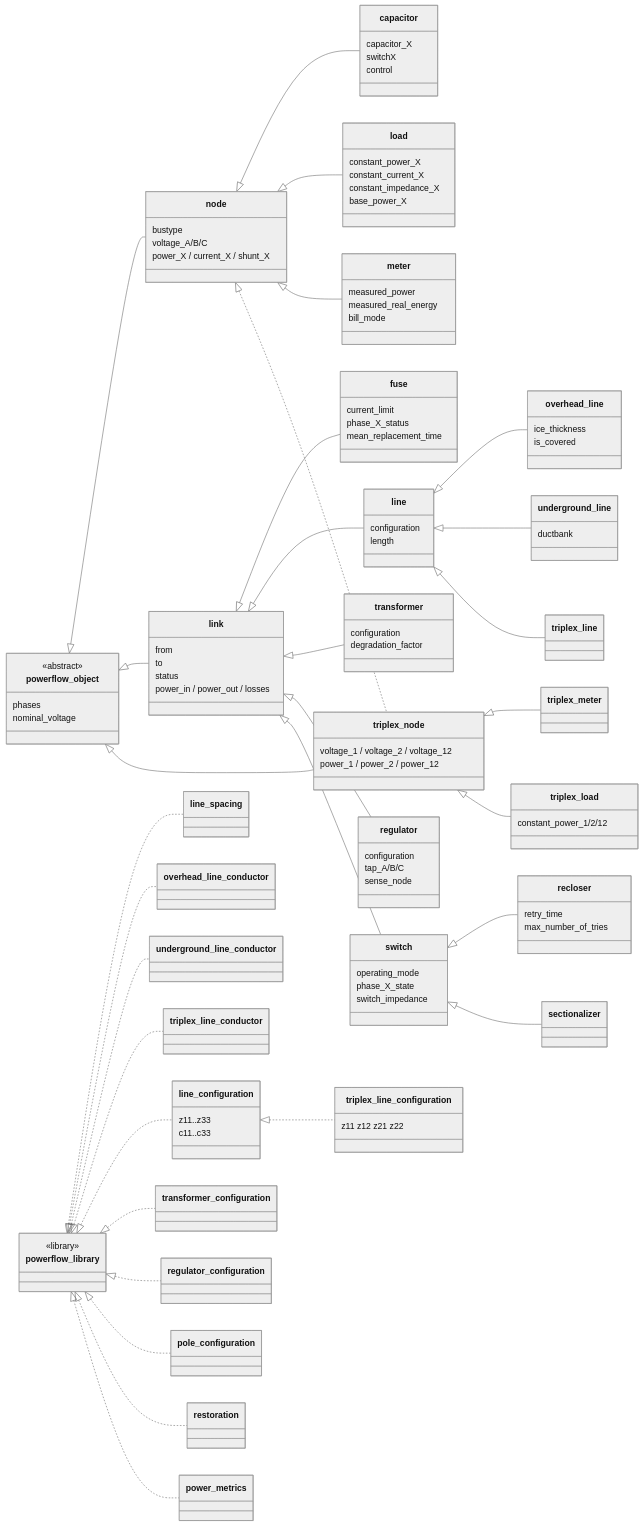
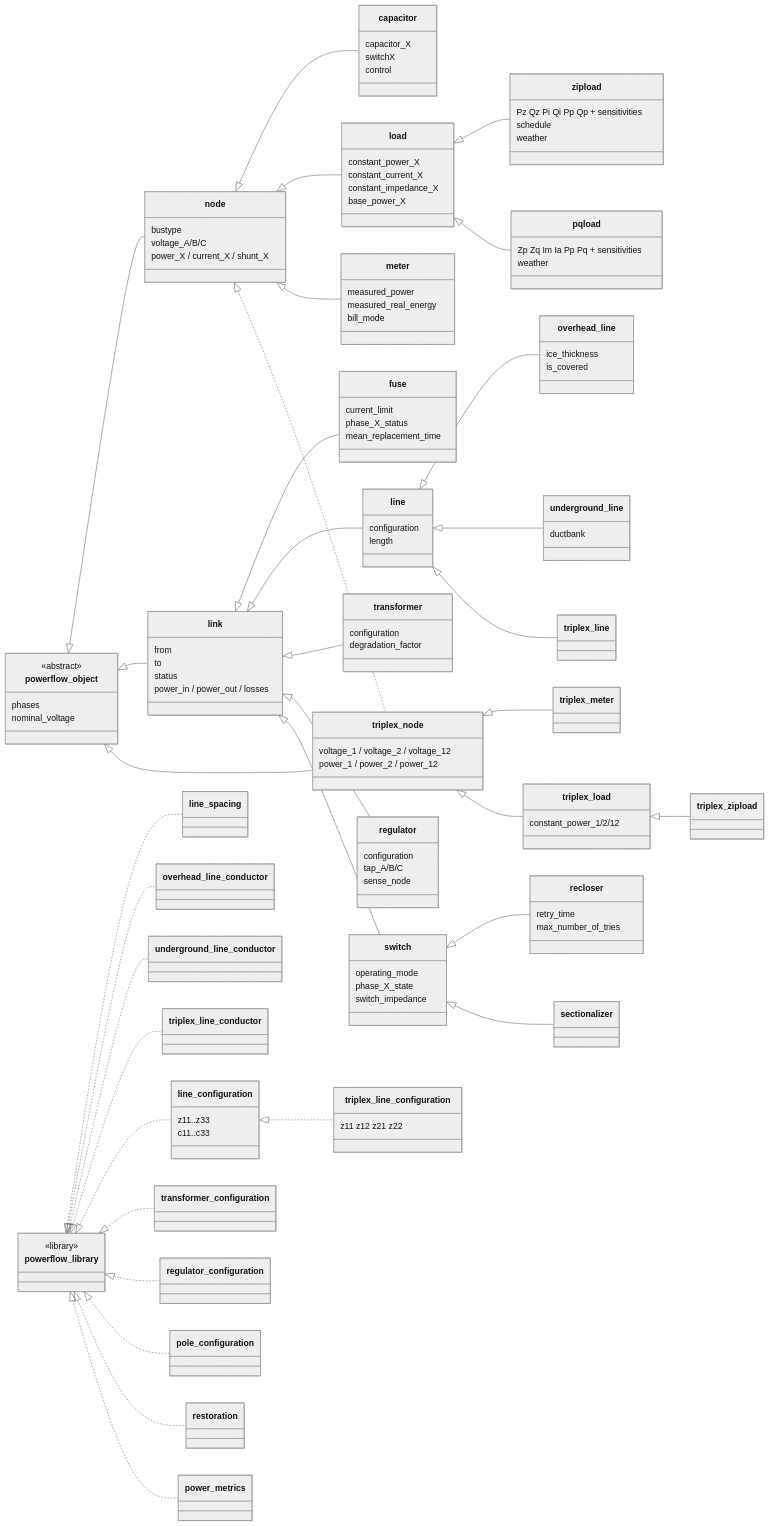
Before and after one commit to arras-energy/arras: the diagram in src/powerflow/README.md, drawn with Mermaid (neutral theme). The commit also changed other lines of this file and 10 other files, not shown here.

First line of the commit message:
Add zipload, triplex_zipload, and pqload classes (#58)

```diff
--- a/src/powerflow/README.md
+++ b/src/powerflow/README.md
@@ -111,6 +111,18 @@
     node <|.. triplex_node
     triplex_node <|-- triplex_meter
     triplex_node <|-- triplex_load
+    class zipload {
+        Pz Qz Pi Qi Pp Qp + sensitivities
+        schedule
+        weather
+    }
+    class pqload {
+        Zp Zq Im Ia Pp Pq + sensitivities
+        weather
+    }
+    load <|-- zipload
+    load <|-- pqload
+    triplex_load <|-- triplex_zipload
     switch <|-- recloser
     switch <|-- sectionalizer
     powerflow_library <|.. line_spacing
```
